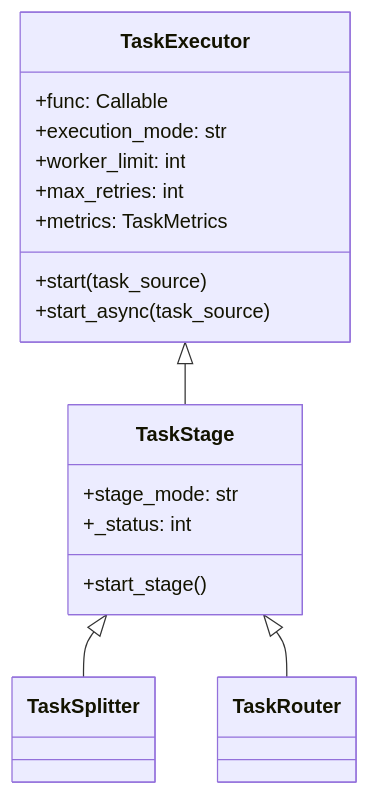
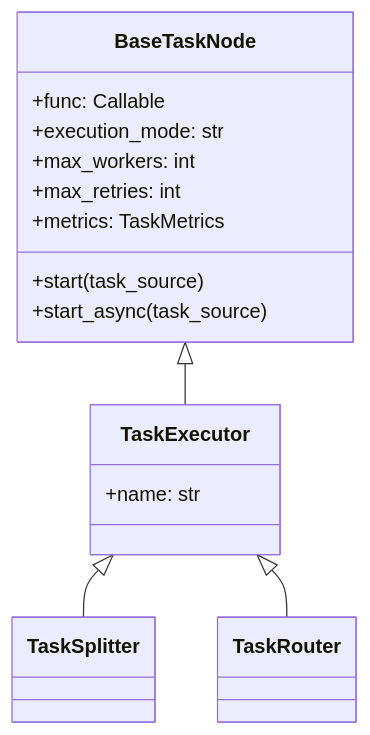
One commit to Mr-xiaotian/CelestialFlow changed the second of 9 diagrams in docs/zh-CN/presentation.md. Above: the diagram before and after it, drawn with Mermaid. The commit also changed other lines of this file and 80 other files, not shown here.

````diff
--- a/docs/zh-CN/presentation.md
+++ b/docs/zh-CN/presentation.md
@@ -139,21 +139,19 @@
 ```mermaid
 classDiagram
-    TaskExecutor <|-- TaskStage
-    TaskStage <|-- TaskSplitter
-    TaskStage <|-- TaskRouter
-    class TaskExecutor {
+    BaseTaskNode <|-- TaskExecutor
+    TaskExecutor <|-- TaskSplitter
+    TaskExecutor <|-- TaskRouter
+    class BaseTaskNode {
         +func: Callable
         +execution_mode: str
-        +worker_limit: int
+        +max_workers: int
         +max_retries: int
         +metrics: TaskMetrics
         +start(task_source)
         +start_async(task_source)
     }
 
-    class TaskStage {
-        +stage_mode: str
-        +_status: int
-        +start_stage()
+    class TaskExecutor {
+        +name: str
     }
 ```
````
